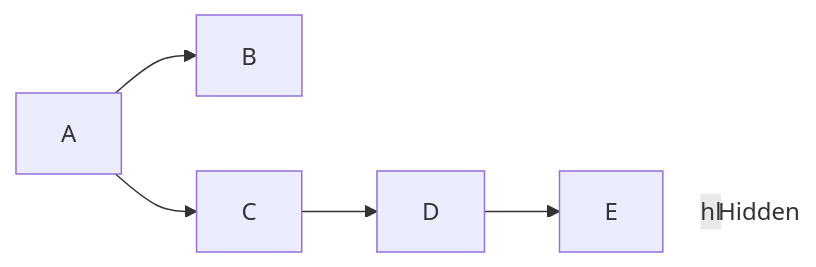
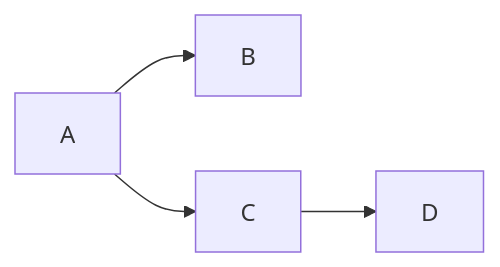
The first of 2 diagrams in docs/algos/transitive_closure.md (sweinst/Grafology), drawn with Mermaid before and after one commit. The commit also changed other lines of this file, not shown here.

````diff
--- a/docs/algos/transitive_closure.md
+++ b/docs/algos/transitive_closure.md
@@ -27,12 +31,7 @@
 ```mermaid
 %%{init: {'themeVariables': {'fontSize': 11,'sectionFontSize': 11}}}%%
 graph LR;
     A --> B
     A --> C
     C --> D
-    D --> E
-    E -->|hl| Hidden
-
-    linkStyle 4 display:none;
-    style Hidden display:none;
 ```
````
